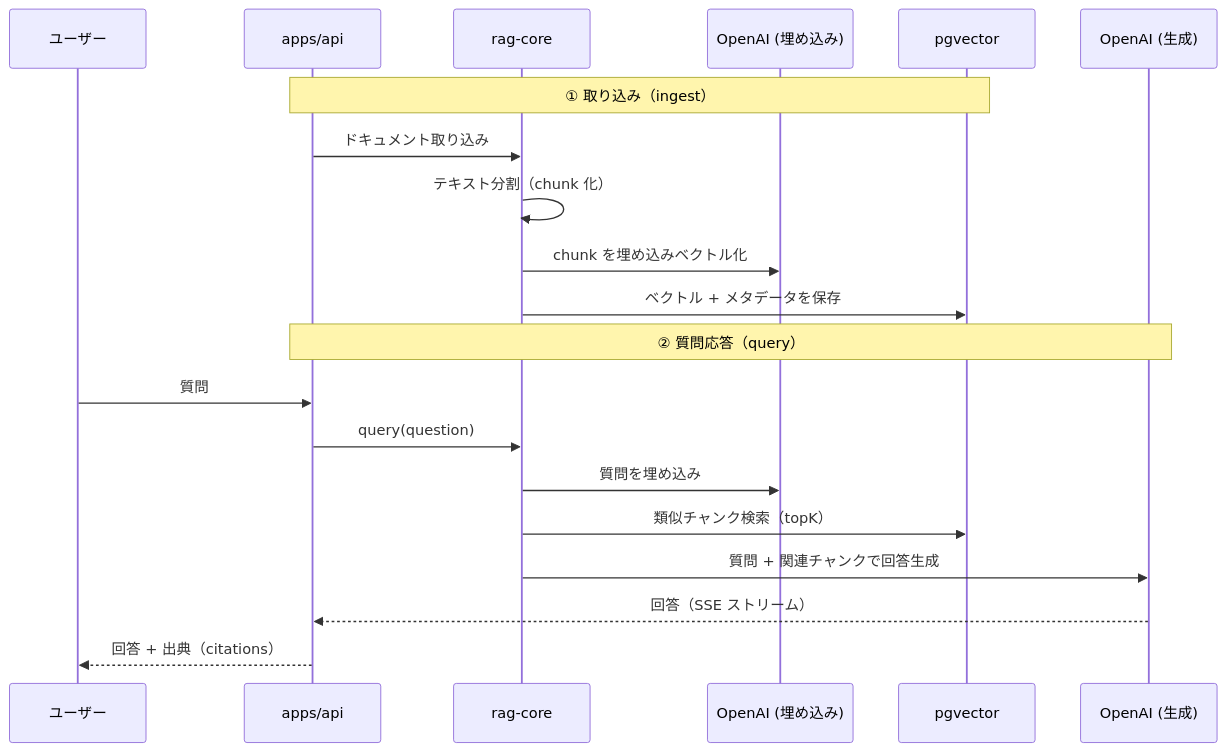
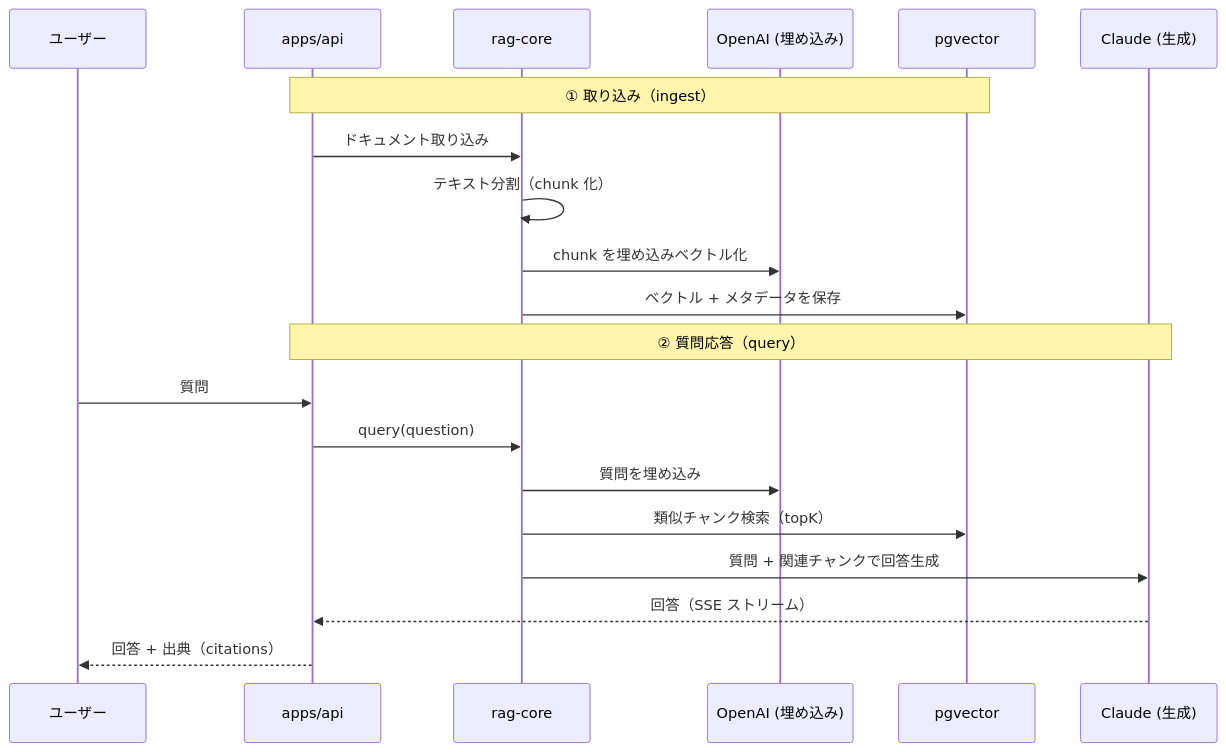
The third of 3 diagrams in README.md (boosun13/medilex), drawn with Mermaid before and after one commit. The commit also changed other lines of this file, not shown here.

First line of the commit message:
docs: switch RAG answer generation to Claude

````diff
--- a/README.md
+++ b/README.md
@@ -95,24 +97,24 @@
 ```mermaid
 sequenceDiagram
     participant U as ユーザー
     participant API as apps/api
     participant Core as rag-core
     participant Emb as OpenAI (埋め込み)
     participant PG as pgvector
-    participant LLM as OpenAI (生成)
+    participant LLM as Claude (生成)
 
     Note over API,PG: ① 取り込み（ingest）
     API->>Core: ドキュメント取り込み
     Core->>Core: テキスト分割（chunk 化）
     Core->>Emb: chunk を埋め込みベクトル化
     Core->>PG: ベクトル + メタデータを保存
 
     Note over API,LLM: ② 質問応答（query）
     U->>API: 質問
     API->>Core: query(question)
     Core->>Emb: 質問を埋め込み
     Core->>PG: 類似チャンク検索（topK）
     Core->>LLM: 質問 + 関連チャンクで回答生成
     LLM-->>API: 回答（SSE ストリーム）
     API-->>U: 回答 + 出典（citations）
 ```
````
